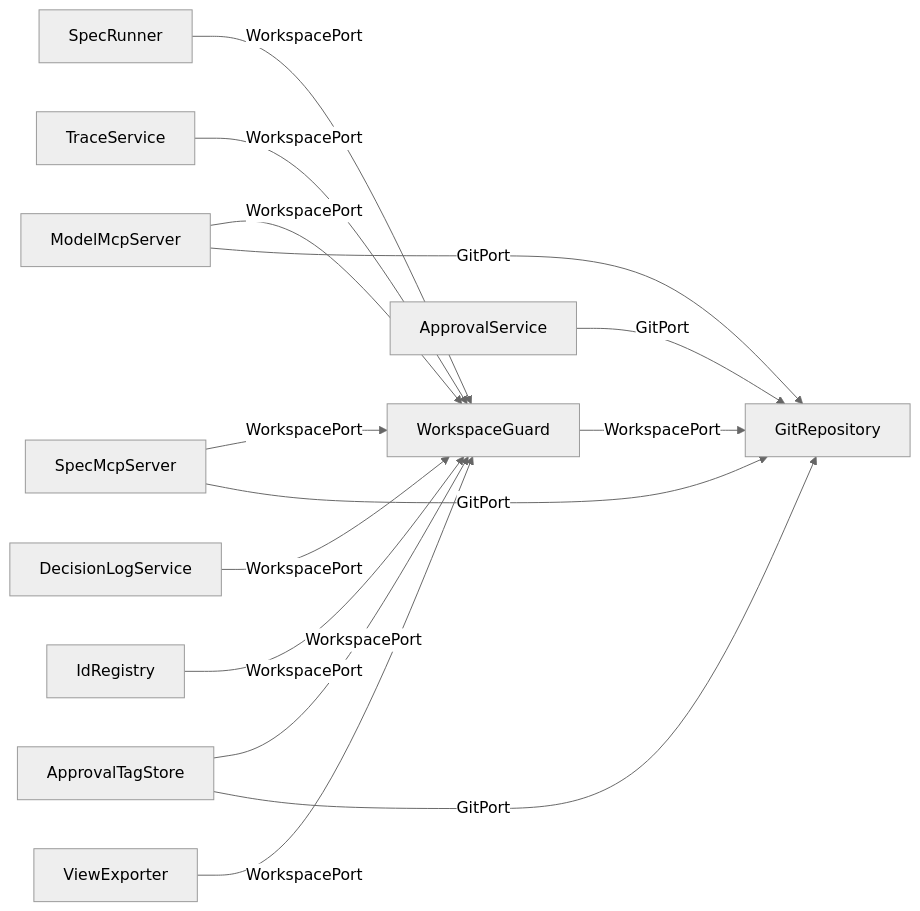
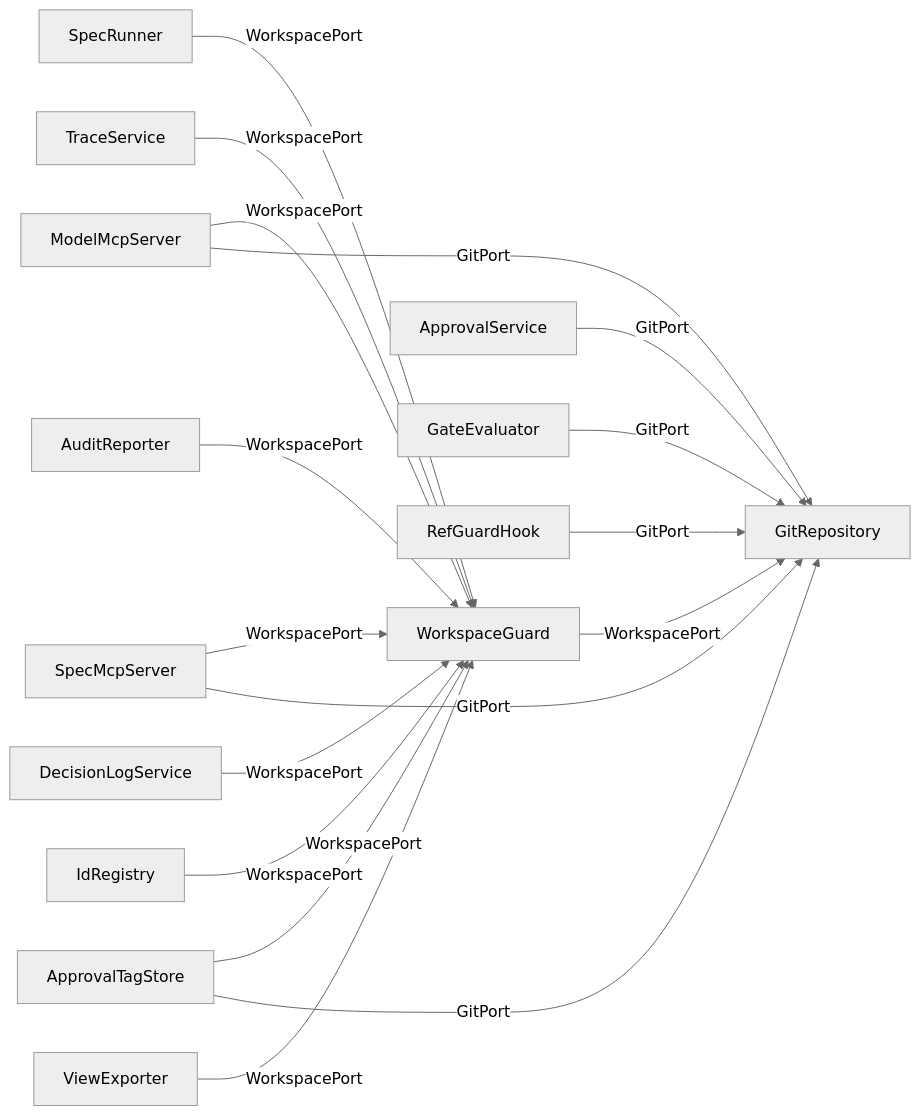
Before and after one commit to DanielLockau-MLPA/specflow: the diagram in docs/diagrams/01d_view_storage.mmd, drawn with Mermaid (neutral theme). The commit also changed 23 other files, not shown here.

First line of the commit message:
Align architecture model and diagrams with the implementation

```diff
--- a/docs/diagrams/01d_view_storage.mmd
+++ b/docs/diagrams/01d_view_storage.mmd
@@ -1,26 +1,32 @@
 flowchart LR
   modelMcp["ModelMcpServer"]
   workspaceGuard["WorkspaceGuard"]
   specMcp["SpecMcpServer"]
   specRunner["SpecRunner"]
   traceService["TraceService"]
   tagStore["ApprovalTagStore"]
+  auditReporter["AuditReporter"]
   decisionLog["DecisionLogService"]
   idRegistry["IdRegistry"]
   viewExporter["ViewExporter"]
   repo["GitRepository"]
   approvalService["ApprovalService"]
+  gateEvaluator["GateEvaluator"]
+  refGuardHook["RefGuardHook"]
   modelMcp -->|WorkspacePort| workspaceGuard
   specMcp -->|WorkspacePort| workspaceGuard
   specRunner -->|WorkspacePort| workspaceGuard
   traceService -->|WorkspacePort| workspaceGuard
   tagStore -->|WorkspacePort| workspaceGuard
+  auditReporter -->|WorkspacePort| workspaceGuard
   decisionLog -->|WorkspacePort| workspaceGuard
   idRegistry -->|WorkspacePort| workspaceGuard
   viewExporter -->|WorkspacePort| workspaceGuard
   workspaceGuard -->|WorkspacePort| repo
   modelMcp -->|GitPort| repo
   specMcp -->|GitPort| repo
   approvalService -->|GitPort| repo
   tagStore -->|GitPort| repo
+  gateEvaluator -->|GitPort| repo
+  refGuardHook -->|GitPort| repo
   style repo fill:#eee,stroke:#999
```
